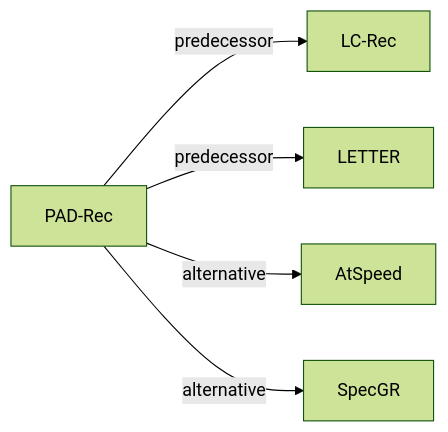
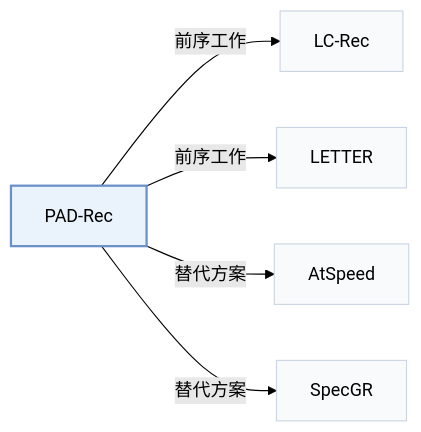
One commit to Galaxy-ghost/Awesome-SID-Generative-Rec changed the second of 2 diagrams in pages/zh/papers/pad-rec.md. Above: the diagram before and after it, drawn with Mermaid (forest theme). The commit also changed other lines of this file and 649 other files, not shown here.

Commit message:
writer-05: also tags and modality index (schema, check, build, visuals); summary field removed; calibration data for 12 papers

````diff
--- a/pages/zh/papers/pad-rec.md
+++ b/pages/zh/papers/pad-rec.md
@@ -68,8 +74,12 @@
 ```mermaid
 flowchart LR
     P["PAD-Rec"]
-    P -->|predecessor| A["LC-Rec"]
-    P -->|predecessor| B["LETTER"]
-    P -->|alternative| C["AtSpeed"]
-    P -->|alternative| D["SpecGR"]
+    P -->|"前序工作"| A["LC-Rec"]
+    P -->|"前序工作"| B["LETTER"]
+    P -->|"替代方案"| C["AtSpeed"]
+    P -->|"替代方案"| D["SpecGR"]
+    classDef main fill:#eaf2fb,stroke:#6b8fc7,stroke-width:2px
+    classDef peer fill:#f8fafc,stroke:#cbd5e1
+    class P main
+    class A,B,C,D peer
 ```
````
